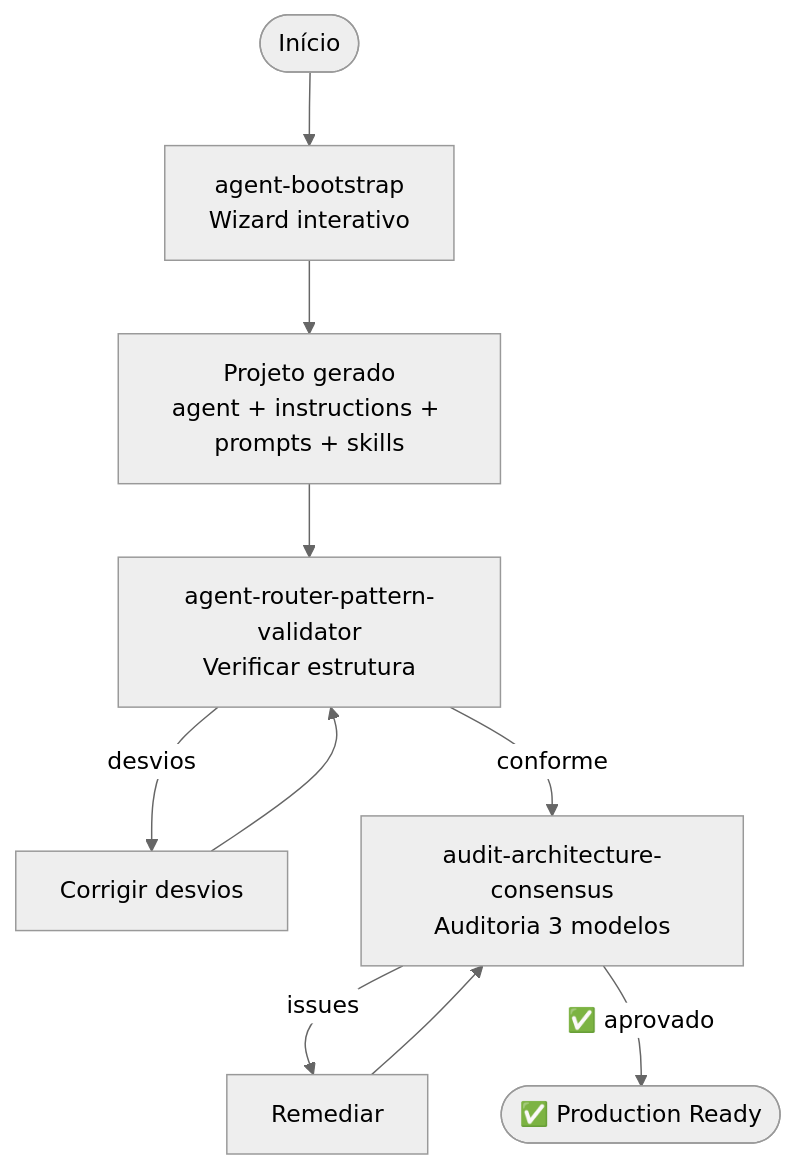
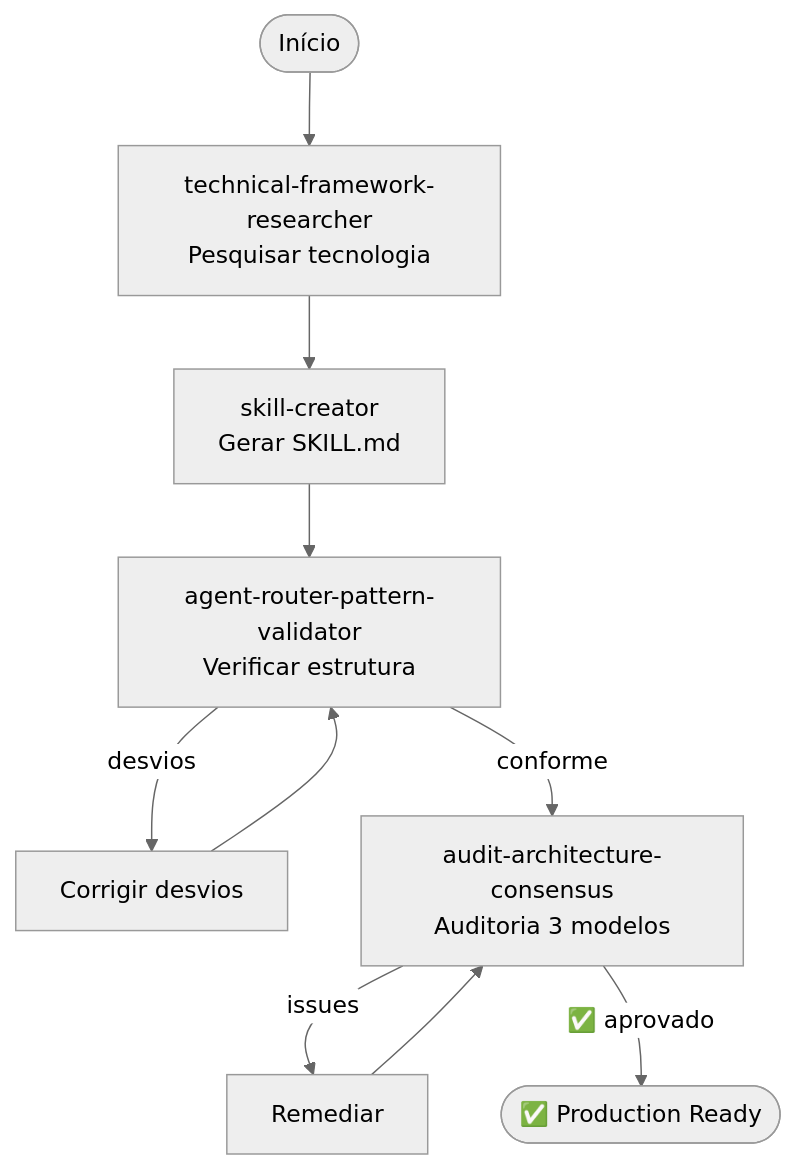
One commit to rodrigo-mendes/agents-factory changed the diagram in docs/fluxos/fluxo-criacao-projeto.md. Above: the diagram before and after it, drawn with Mermaid (neutral theme). The commit also changed other lines of this file and 4 other files, not shown here.

First line of the commit message:
docs(fluxos,referencia): update flow diagrams and conventions for Claude Code

````diff
--- a/docs/fluxos/fluxo-criacao-projeto.md
+++ b/docs/fluxos/fluxo-criacao-projeto.md
@@ -9,16 +9,16 @@
 ```mermaid
 flowchart TD
-    START([Início]) --> BOOT[agent-bootstrap<br/>Wizard interativo]
-    BOOT --> STRUCT[Projeto gerado<br/>agent + instructions + prompts + skills]
-    STRUCT --> VALID[agent-router-pattern-validator<br/>Verificar estrutura]
+    START([Início]) --> RESEARCH[technical-framework-researcher<br/>Pesquisar tecnologia]
+    RESEARCH --> SKILL[skill-creator<br/>Gerar SKILL.md]
+    SKILL --> VALID[agent-router-pattern-validator<br/>Verificar estrutura]
     
     VALID -->|desvios| FIX[Corrigir desvios]
     FIX --> VALID
     
     VALID -->|conforme| AUDIT[audit-architecture-consensus<br/>Auditoria 3 modelos]
     
     AUDIT -->|issues| FIX2[Remediar]
     FIX2 --> AUDIT
     
     AUDIT -->|✅ aprovado| PROD([✅ Production Ready])
 ```
````
